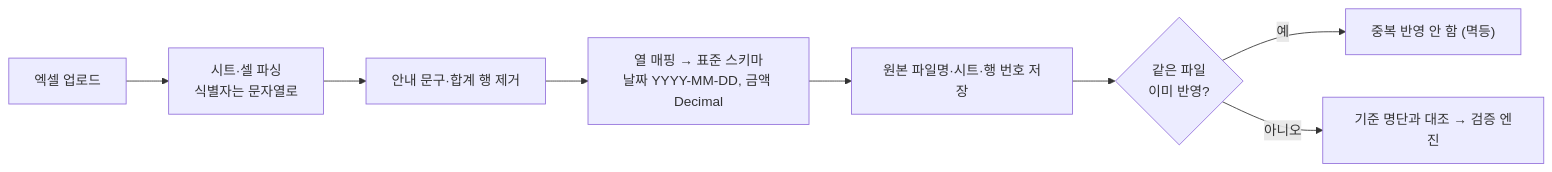
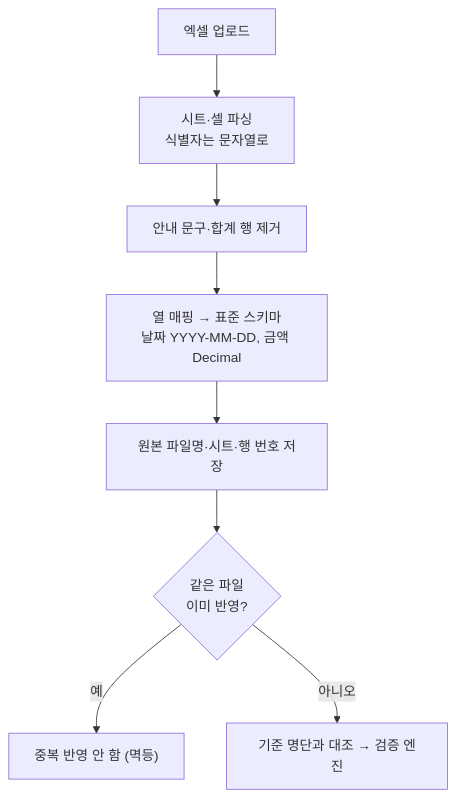
One commit to YC-CapstoneDesign-5/.github changed the sixth of 13 diagrams in docs/ARCHITECTURE.md. Above: the diagram before and after it, drawn with Mermaid. The commit also changed other lines of this file, not shown here.

Commit message:
docs: 아키텍처 7.2·7.3 다이어그램 세로 배치로 가독성 개선
## 변경 이유
- 가로로 긴 흐름도가 축소되어 글자가 작게 보임

## 변경 내용
- 엑셀 취합, 인건비 계산 흐름도를 flowchart TD로 변경

````diff
--- a/docs/ARCHITECTURE.md
+++ b/docs/ARCHITECTURE.md
@@ -194,10 +194,10 @@
 ```mermaid
-flowchart LR
+flowchart TD
     A["엑셀 업로드"] --> B["시트·셀 파싱<br>식별자는 문자열로"]
     B --> C["안내 문구·합계 행 제거"]
     C --> D["열 매핑 → 표준 스키마<br>날짜 YYYY-MM-DD, 금액 Decimal"]
     D --> E["원본 파일명·시트·행 번호 저장"]
     E --> F{"같은 파일<br>이미 반영?"}
     F -->|예| G["중복 반영 안 함 (멱등)"]
     F -->|아니오| H["기준 명단과 대조 → 검증 엔진"]
 ```
````
